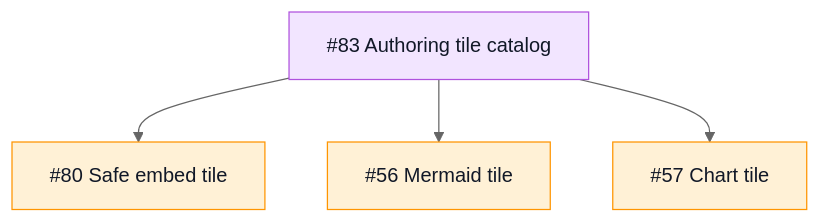
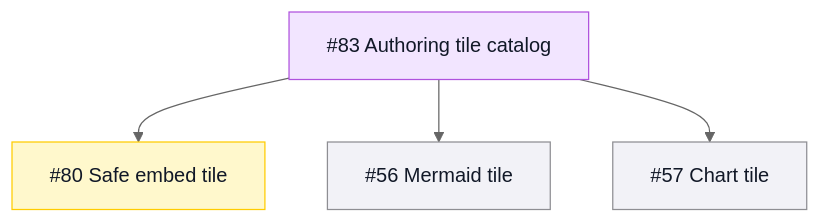
One commit to TileDown/tile-down changed the sixth of 9 diagrams in README.md. Above: the diagram before and after it, drawn with Mermaid (neutral theme). The commit also changed other lines of this file and 12 other files, not shown here.

````diff
--- a/README.md
+++ b/README.md
@@ -129,10 +142,12 @@
 ```mermaid
 flowchart TD
   Epic["#83 Authoring tile catalog"]:::epic
-  Epic --> Embed["#80 Safe embed tile"]:::todo
+  Epic --> Embed["#80 Safe embed tile"]:::review
   Epic --> Mermaid["#56 Mermaid tile"]:::todo
   Epic --> Charts["#57 Chart tile"]:::todo
 
   classDef epic fill:#f2e5ff,stroke:#af52de,color:#111827
-  classDef todo fill:#fff1d6,stroke:#ff9500,color:#111827
+  classDef review fill:#fff8cc,stroke:#ffcc00,color:#111827
+  classDef active fill:#ffe8cc,stroke:#ff9500,color:#111827
+  classDef todo fill:#f2f2f7,stroke:#8e8e93,color:#111827
 ```
````
